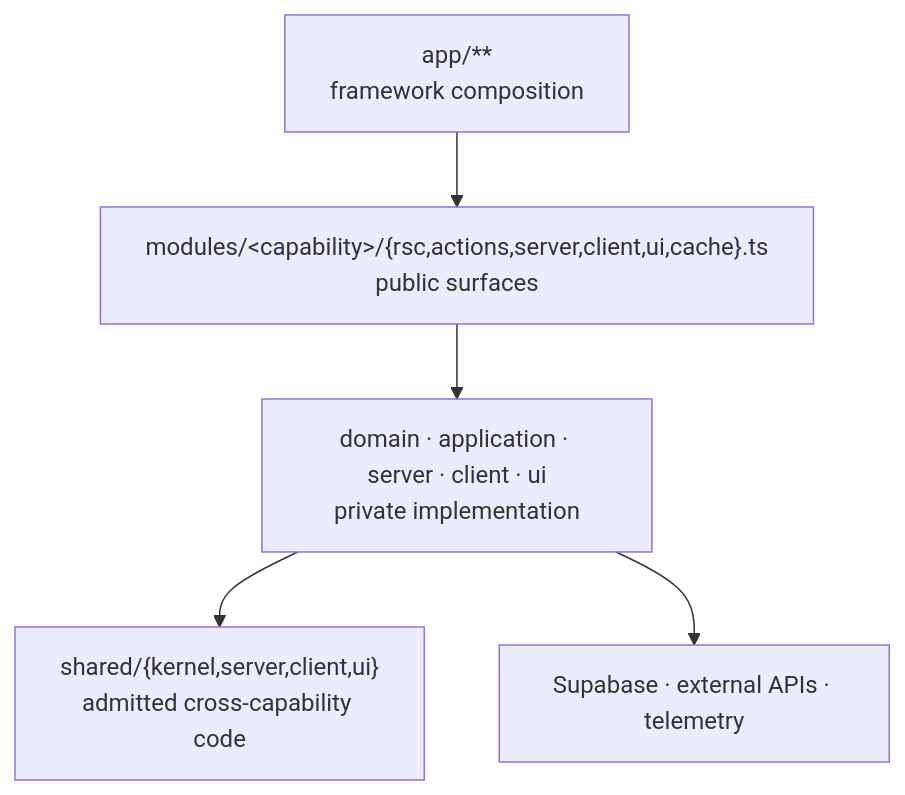
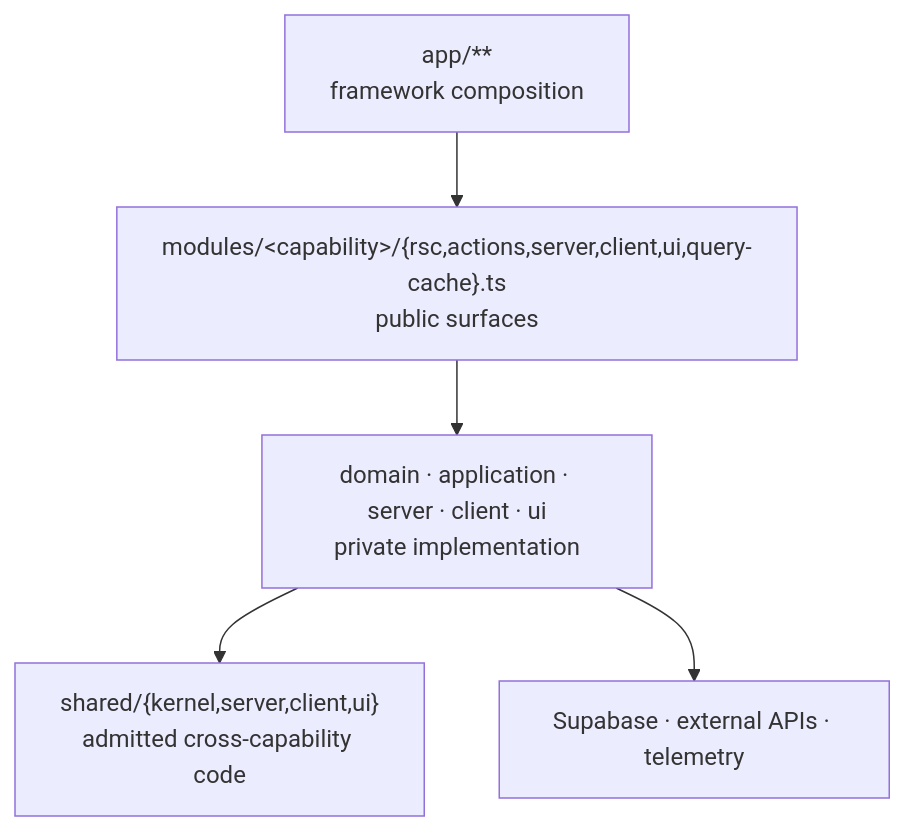
The diagram in README.md (clicktronix/fullstack-ai-template), drawn with Mermaid before and after one commit. The commit also changed other lines of this file and 34 other files, not shown here.

Commit message:
Constrain runtime-neutral query cache surfaces (#7)

````diff
--- a/README.md
+++ b/README.md
@@ -51,13 +51,13 @@
 ```mermaid
 flowchart TB
     App["app/**<br/>framework composition"]
-    Public["modules/&lt;capability&gt;/{rsc,actions,server,client,ui,cache}.ts<br/>public surfaces"]
+    Public["modules/&lt;capability&gt;/{rsc,actions,server,client,ui,query-cache}.ts<br/>public surfaces"]
     Private["domain · application · server · client · ui<br/>private implementation"]
     Shared["shared/{kernel,server,client,ui}<br/>admitted cross-capability code"]
     Providers["Supabase · external APIs · telemetry"]
 
     App --> Public
     Public --> Private
     Private --> Shared
     Private --> Providers
 ```
````
